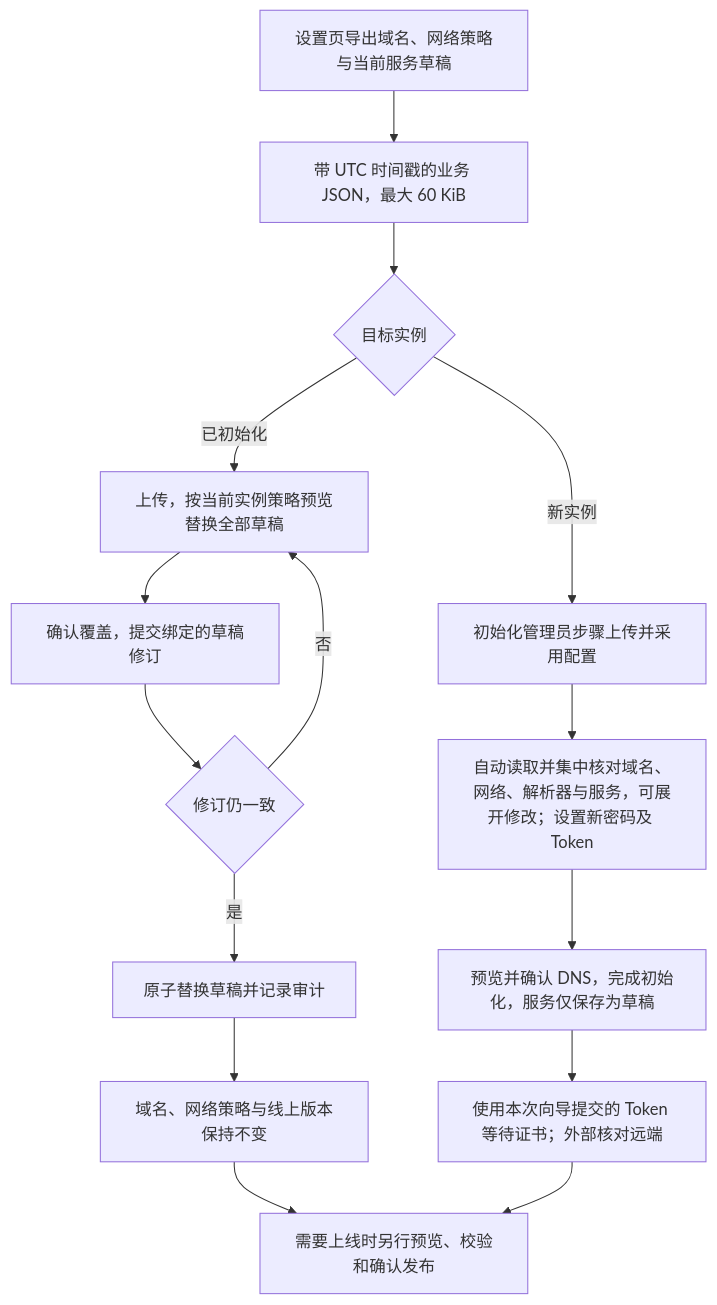
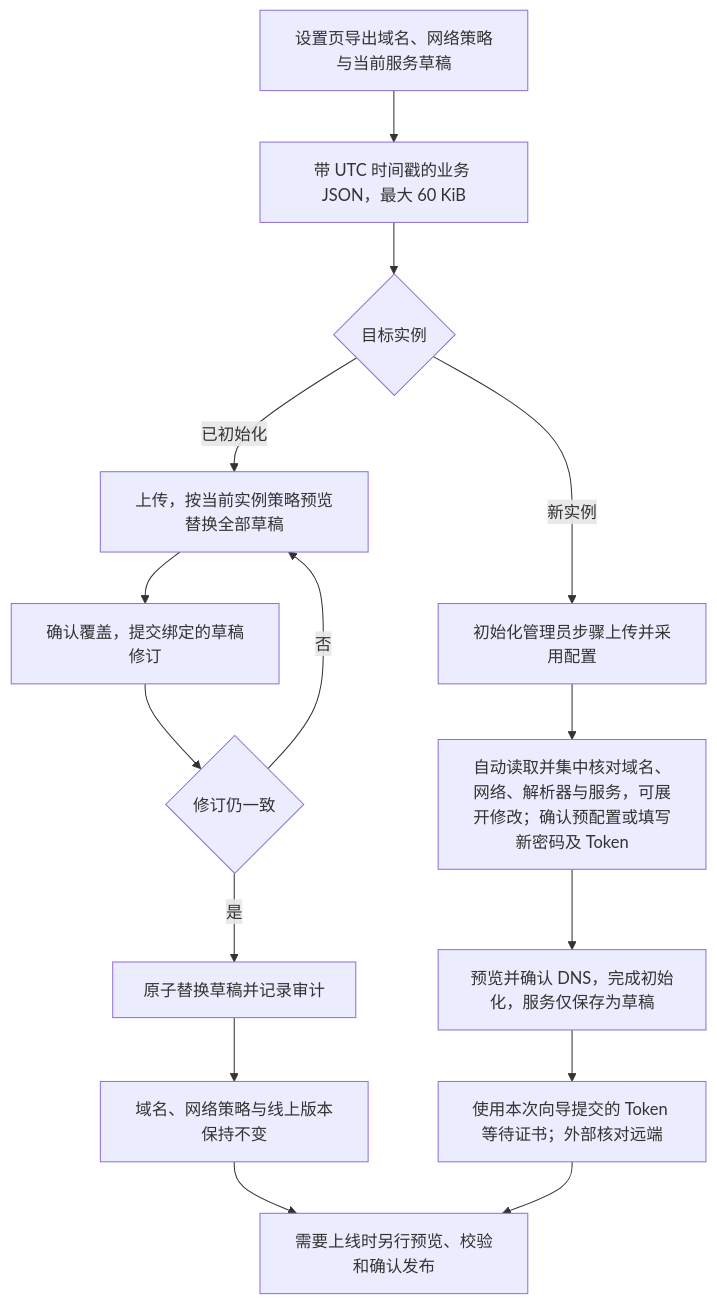
Before and after one commit to gofxq/caddy_admin: the fifth of 5 diagrams in docs/product-user-flow-review.md, drawn with Mermaid. The commit also changed other lines of this file and 98 other files, not shown here.

````diff
--- a/docs/product-user-flow-review.md
+++ b/docs/product-user-flow-review.md
@@ -178,17 +177,17 @@
 ```mermaid
 flowchart TD
     EXPORT[设置页导出域名、网络策略与当前服务草稿] --> FILE[带 UTC 时间戳的业务 JSON，最大 60 KiB]
     FILE --> TARGET{目标实例}
     TARGET -->|已初始化| UPLOAD[上传，按当前实例策略预览替换全部草稿]
     UPLOAD --> CONFIRM[确认覆盖，提交绑定的草稿修订]
     CONFIRM --> CONFLICT{修订仍一致}
     CONFLICT -->|否| UPLOAD
     CONFLICT -->|是| DRAFT[原子替换草稿并记录审计]
     DRAFT --> PRESERVE[域名、网络策略与线上版本保持不变]
     PRESERVE --> PUBLISH[需要上线时另行预览、校验和确认发布]
     TARGET -->|新实例| SETUP[初始化管理员步骤上传并采用配置]
-    SETUP --> REVIEW[自动读取并集中核对域名、网络、解析器与服务，可展开修改；设置新密码及 Token]
+    SETUP --> REVIEW[自动读取并集中核对域名、网络、解析器与服务，可展开修改；确认预配置或填写新密码及 Token]
     REVIEW --> INIT[预览并确认 DNS，完成初始化，服务仅保存为草稿]
     INIT --> TOKEN[使用本次向导提交的 Token 等待证书；外部核对远端]
     TOKEN --> PUBLISH
 ```
````
